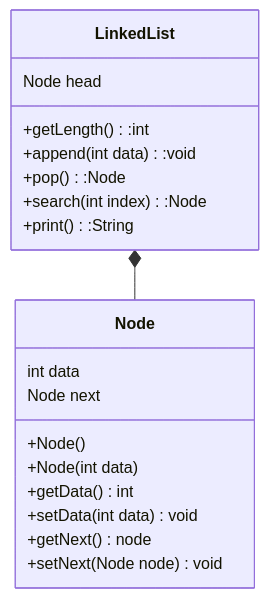
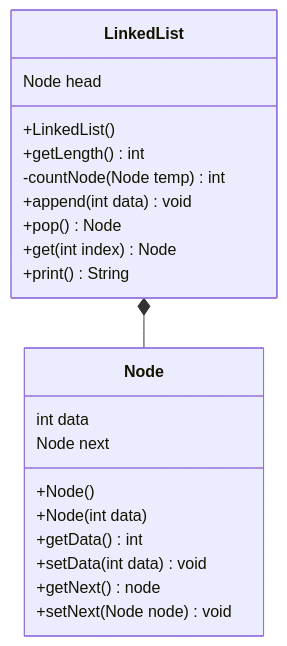
One commit to npnorman/linkedLists changed the diagram in algorithms/singlyLinkedList.md. Above: the diagram before and after it, drawn with Mermaid. The commit also changed other lines of this file, not shown here.

`````diff
--- a/algorithms/singlyLinkedList.md
+++ b/algorithms/singlyLinkedList.md
@@ -3,24 +3,26 @@
 ````mermaid
 classDiagram
-    class Node {
-        int data
-        Node next
-        +Node()
-        +Node(int data)
-        +getData() int
-        +setData(int data) void
-        +getNext() node
-        +setNext(Node node) void
-    }
+	    class Node {
+		        int data
+		        Node next
+		        +Node()
+		        +Node(int data)
+		        +getData() int
+		        +setData(int data) void
+		        +getNext() node
+		        +setNext(Node node) void
+	    }
 
     class LinkedList {
         Node head
-        +getLength():int
-        +append(int data):void
-        +pop():Node
-        +search(int index):Node
-        +print():String
+        +LinkedList()
+        +getLength() int
+        -countNode(Node temp) int
+        +append(int data) void
+        +pop() Node
+        +get(int index) Node
+        +print() String
     }
 
     LinkedList *-- Node
 ````
`````
